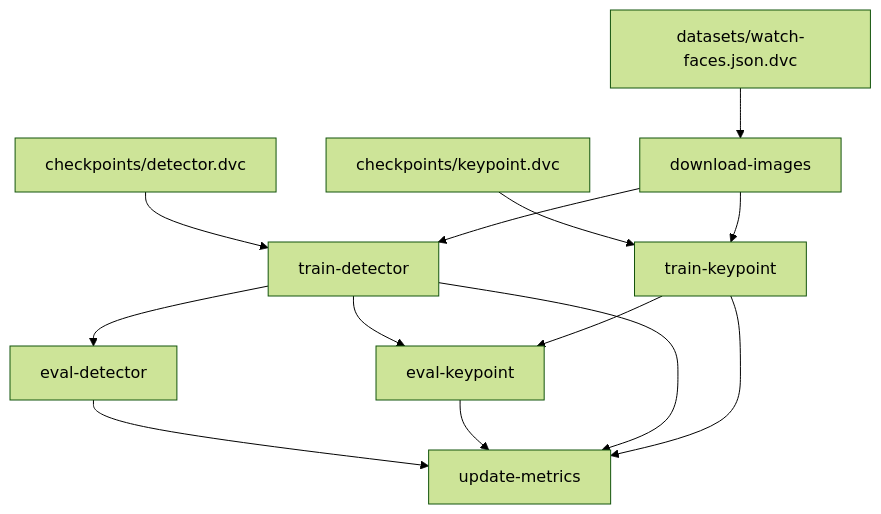
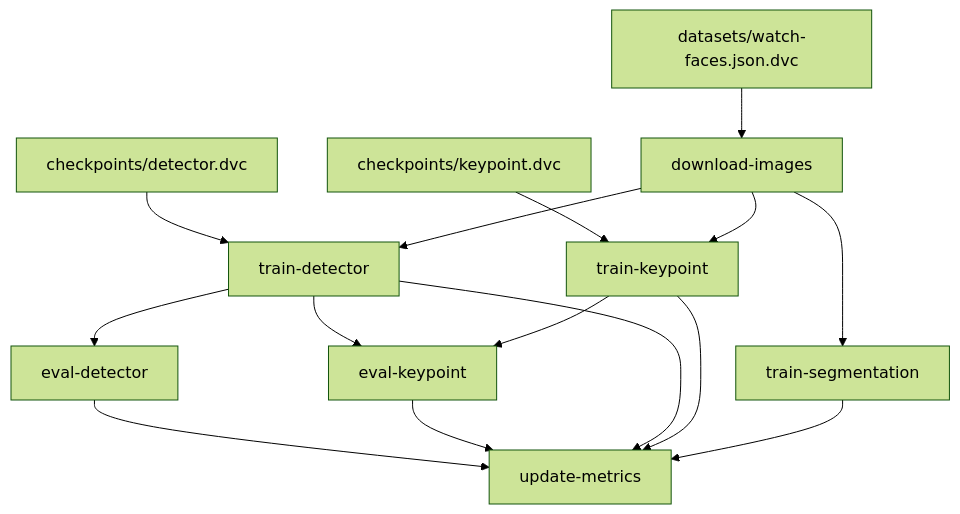
The diagram in README.md (akucia/analog-watch-recognition), drawn with Mermaid (forest theme) before and after one commit. The commit also changed other lines of this file and 32 other files, not shown here.

````diff
--- a/README.md
+++ b/README.md
@@ -11,24 +12,27 @@
 ```mermaid
 flowchart TD
 	node1["checkpoints/detector.dvc"]
 	node2["checkpoints/keypoint.dvc"]
 	node3["datasets/watch-faces.json.dvc"]
 	node4["download-images"]
 	node5["eval-detector"]
 	node6["eval-keypoint"]
 	node7["train-detector"]
 	node8["train-keypoint"]
-	node9["update-metrics"]
+	node9["train-segmentation"]
+	node10["update-metrics"]
 	node1-->node7
 	node2-->node8
 	node3-->node4
 	node4-->node7
 	node4-->node8
-	node5-->node9
-	node6-->node9
+	node4-->node9
+	node5-->node10
+	node6-->node10
 	node7-->node5
 	node7-->node6
-	node7-->node9
+	node7-->node10
 	node8-->node6
-	node8-->node9
+	node8-->node10
+	node9-->node10
 ```
````
